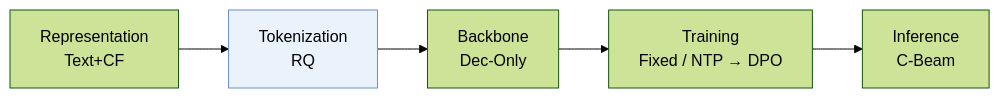
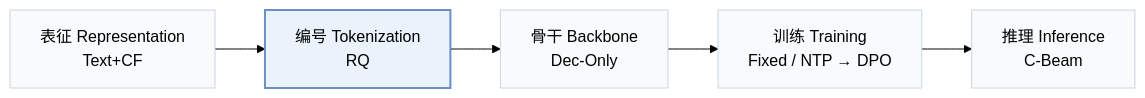
Before and after one commit to Galaxy-ghost/Awesome-SID-Generative-Rec: the first of 2 diagrams in pages/zh/papers/unirec.md, drawn with Mermaid (forest theme). The commit also changed other lines of this file and 649 other files, not shown here.

Commit message:
writer-05: also tags and modality index (schema, check, build, visuals); summary field removed; calibration data for 12 papers

````diff
--- a/pages/zh/papers/unirec.md
+++ b/pages/zh/papers/unirec.md
@@ -13,6 +15,8 @@
 ```mermaid
 flowchart LR
-    R["Representation<br/>Text+CF"] --> T["Tokenization<br/>RQ"] --> B["Backbone<br/>Dec-Only"] --> TR["Training<br/>Fixed / NTP → DPO"] --> I["Inference<br/>C-Beam"]
-    classDef main fill:#eaf2fb,stroke:#6b8fc7
+    R["表征 Representation<br/>Text+CF"] --> T["编号 Tokenization<br/>RQ"] --> B["骨干 Backbone<br/>Dec-Only"] --> TR["训练 Training<br/>Fixed / NTP → DPO"] --> I["推理 Inference<br/>C-Beam"]
+    classDef base fill:#f8fafc,stroke:#cbd5e1
+    class R,T,B,TR,I base
+    classDef main fill:#eaf2fb,stroke:#6b8fc7,stroke-width:2px
     class T main
 ```
````
